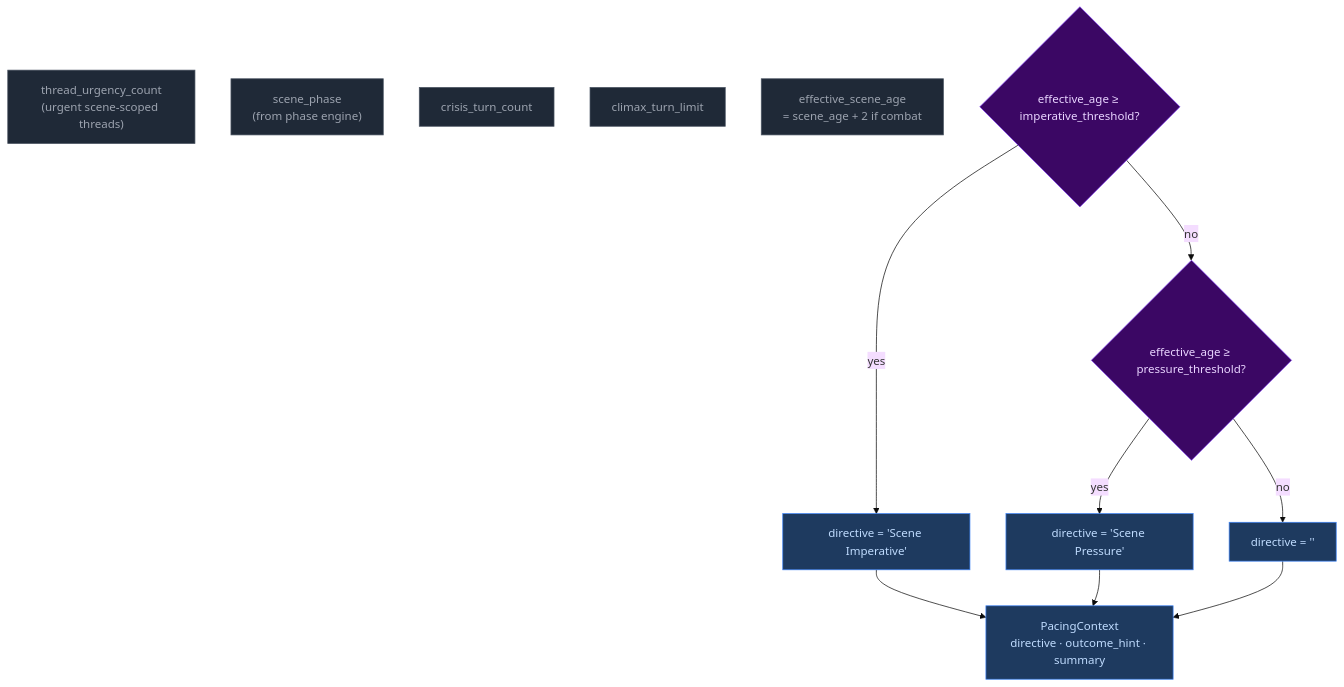
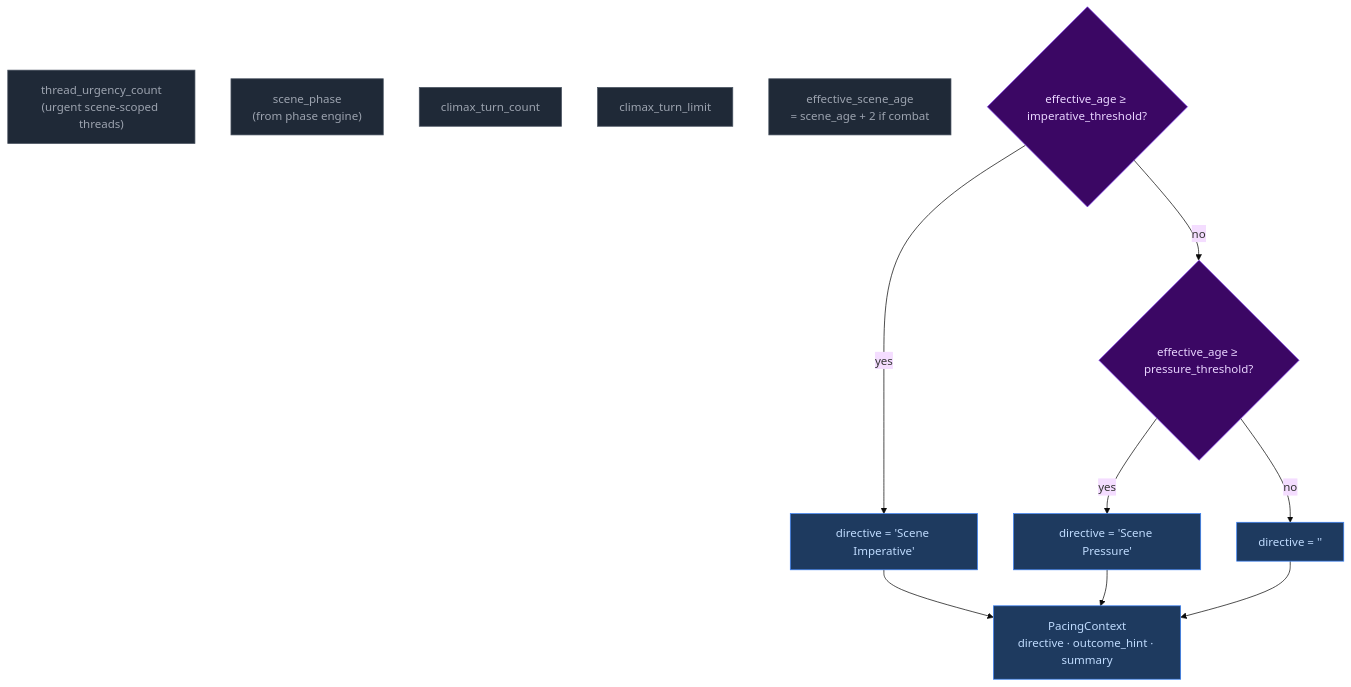
The second of 3 diagrams in docs/architecture/step0-ruling.md (pww217/fablethread), drawn with Mermaid (base theme) before and after one commit. The commit also changed other lines of this file and 6 other files, not shown here.

````diff
--- a/docs/architecture/step0-ruling.md
+++ b/docs/architecture/step0-ruling.md
@@ -89,26 +89,26 @@
 ```mermaid
 flowchart TD
     classDef pyNode fill:#1f2937,color:#9ca3af,stroke:#4b5563
     classDef decision fill:#3b0764,color:#e9d5ff,stroke:#7c3aed
     classDef output fill:#1e3a5f,color:#bfdbfe,stroke:#3b82f6
 
     TU["thread_urgency_count<br>(urgent scene-scoped threads)"]:::pyNode
     PH["scene_phase<br>(from phase engine)"]:::pyNode
-    CTC["crisis_turn_count"]:::pyNode
+    CTC["climax_turn_count"]:::pyNode
     CTL["climax_turn_limit"]:::pyNode
     EA["effective_scene_age<br>= scene_age + 2 if combat"]:::pyNode
 
     D1{"effective_age ≥ imperative_threshold?"}:::decision
     D1 -- yes --> B1["directive = 'Scene Imperative'"]:::output
     D1 -- no --> D2{"effective_age ≥ pressure_threshold?"}:::decision
     D2 -- yes --> B2["directive = 'Scene Pressure'"]:::output
     D2 -- no --> B3["directive = ''"]:::output
 
     FINAL["PacingContext<br>directive · outcome_hint · summary"]:::output
 
     B1 --> FINAL
     B2 --> FINAL
     B3 --> FINAL
 
     style B1 fill:#1e3a5f,color:#bfdbfe,stroke:#3b82f6
 ```
````
